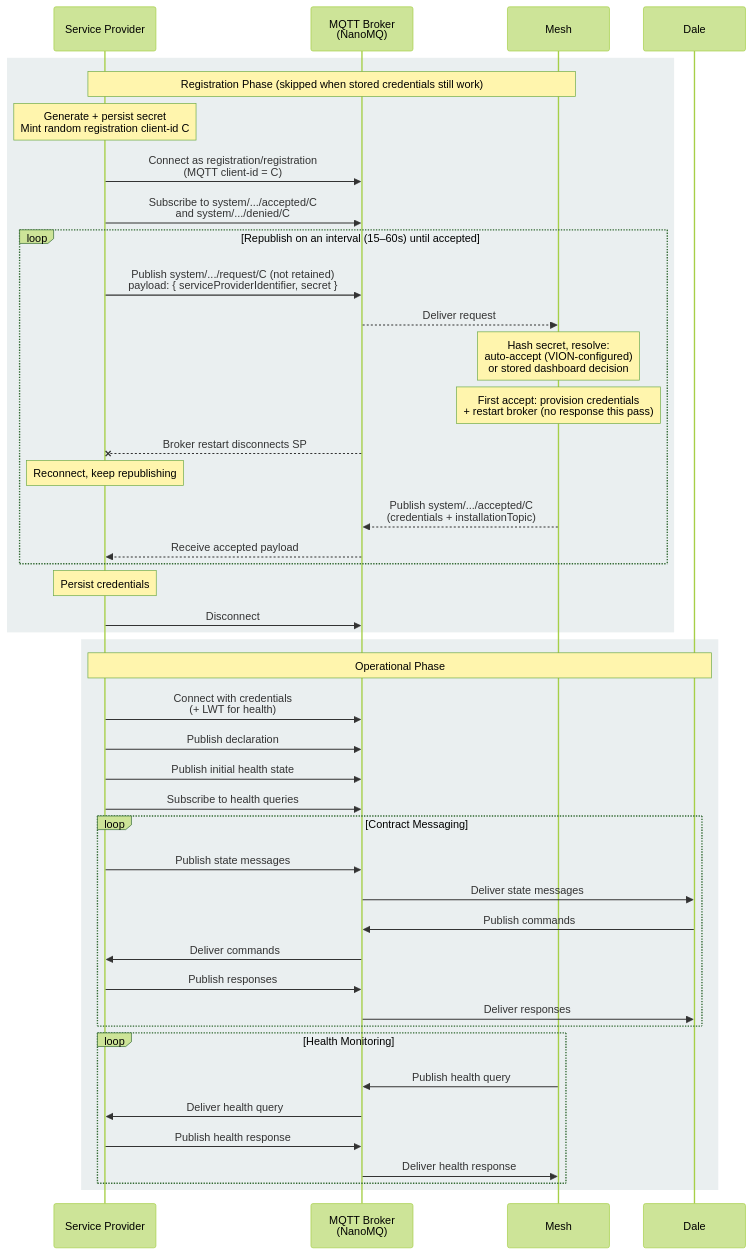
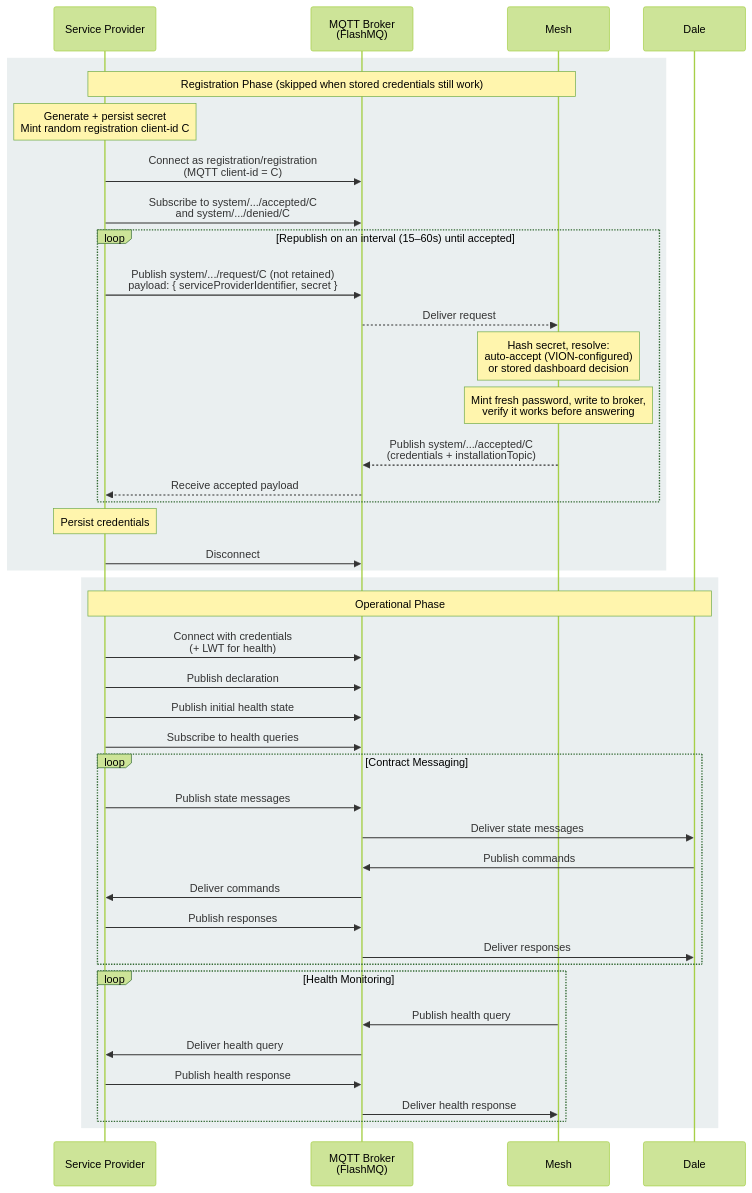
One commit to VION-IoT/documentation changed the second of 2 diagrams in docs/sdk/service-provider-protocol.md. Above: the diagram before and after it, drawn with Mermaid (forest theme). The commit also changed other lines of this file and 1 other file, not shown here.

Commit message:
Update the service-provider protocol for FlashMQ — credentials minted fresh and verified live per request instead of applied by a broker restart, per-delivery ACL isolation replacing the wildcard-subscribe rule, identifier charset and reserved names

````diff
--- a/docs/sdk/service-provider-protocol.md
+++ b/docs/sdk/service-provider-protocol.md
@@ -631,50 +631,48 @@
 ```mermaid
 sequenceDiagram
     participant SP as Service Provider
-    participant B as MQTT Broker<br/>(NanoMQ)
+    participant B as MQTT Broker<br/>(FlashMQ)
     participant M as Mesh
     participant D as Dale
 
     rect rgb(50, 101, 108, 0.1)
     Note over SP,M: Registration Phase (skipped when stored credentials still work)
     Note over SP: Generate + persist secret<br/>Mint random registration client-id C
     SP->>B: Connect as registration/registration<br/>(MQTT client-id = C)
     SP->>B: Subscribe to system/.../accepted/C<br/>and system/.../denied/C
     loop Republish on an interval (15–60s) until accepted
     SP->>B: Publish system/.../request/C (not retained)<br/>payload: { serviceProviderIdentifier, secret }
     B-->>M: Deliver request
     Note over M: Hash secret, resolve:<br/>auto-accept (VION-configured)<br/>or stored dashboard decision
-    Note over M: First accept: provision credentials<br/>+ restart broker (no response this pass)
-    B--xSP: Broker restart disconnects SP
-    Note over SP: Reconnect, keep republishing
+    Note over M: Mint fresh password, write to broker,<br/>verify it works before answering
     M-->>B: Publish system/.../accepted/C<br/>(credentials + installationTopic)
     B-->>SP: Receive accepted payload
     end
     Note over SP: Persist credentials
     SP->>B: Disconnect
     end
 
     rect rgb(50, 101, 108, 0.1)
     Note over SP,D: Operational Phase
     SP->>B: Connect with credentials<br/>(+ LWT for health)
     SP->>B: Publish declaration
     SP->>B: Publish initial health state
     SP->>B: Subscribe to health queries
 
     loop Contract Messaging
         SP->>B: Publish state messages
         B->>D: Deliver state messages
         D->>B: Publish commands
         B->>SP: Deliver commands
         SP->>B: Publish responses
         B->>D: Deliver responses
     end
 
     loop Health Monitoring
         M->>B: Publish health query
         B->>SP: Deliver health query
         SP->>B: Publish health response
         B->>M: Deliver health response
     end
     end
 ```
````
